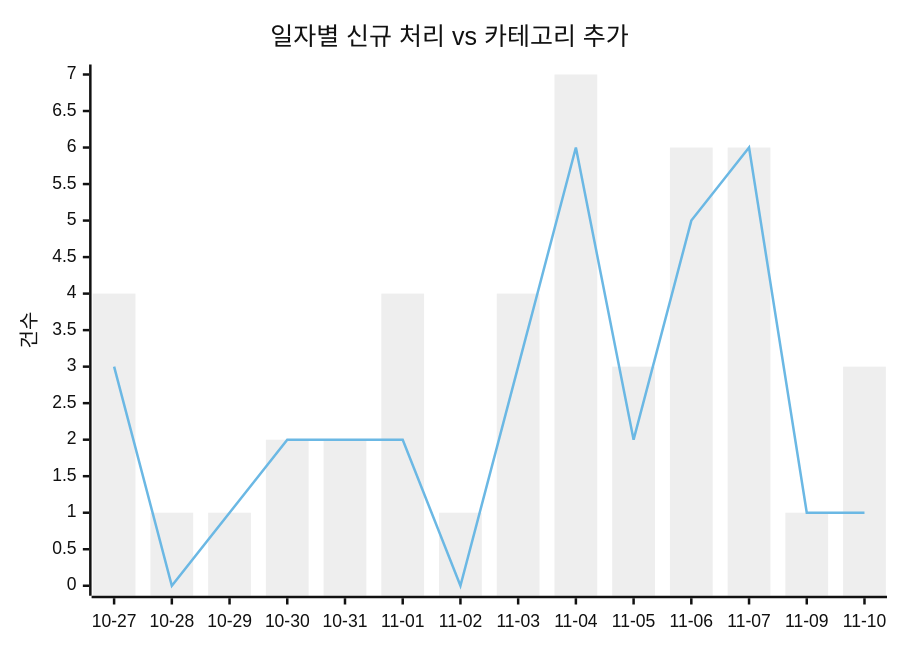
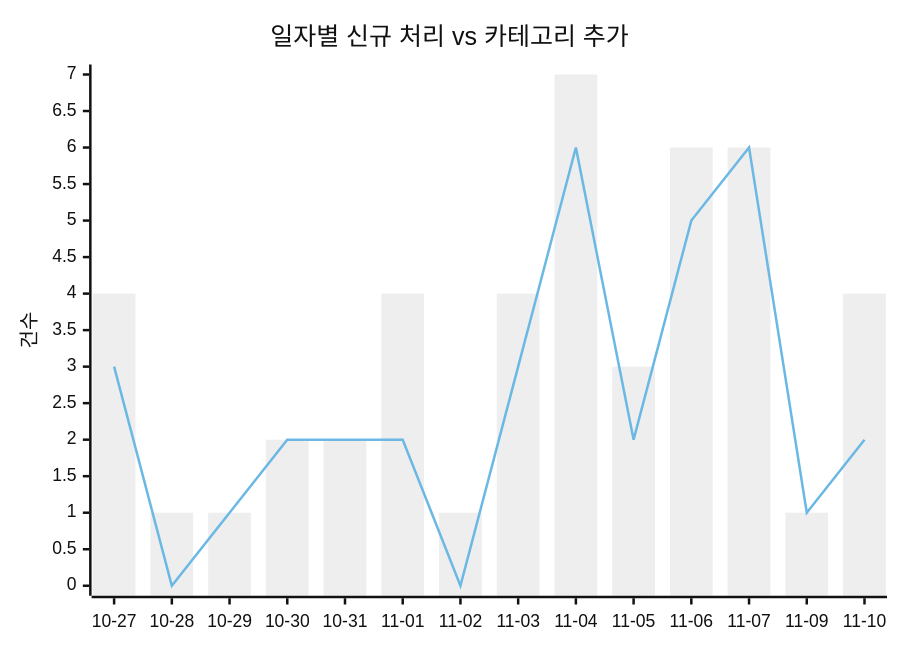
The first of 2 diagrams in docs/trends.md (J-nowcow/awesome-korean-agent-skills), drawn with Mermaid (neutral theme) before and after one commit. The commit also changed other lines of this file and 4 other files, not shown here.

````diff
--- a/docs/trends.md
+++ b/docs/trends.md
@@ -32,8 +32,8 @@
 ```mermaid
 xychart-beta
     title "일자별 신규 처리 vs 카테고리 추가"
     x-axis ["10-27","10-28","10-29","10-30","10-31","11-01","11-02","11-03","11-04","11-05","11-06","11-07","11-09","11-10"]
     y-axis "건수"
-    bar [4,1,1,2,2,4,1,4,7,3,6,6,1,3]
-    line [3,0,1,2,2,2,0,3,6,2,5,6,1,1]
+    bar [4,1,1,2,2,4,1,4,7,3,6,6,1,4]
+    line [3,0,1,2,2,2,0,3,6,2,5,6,1,2]
 ```
````
